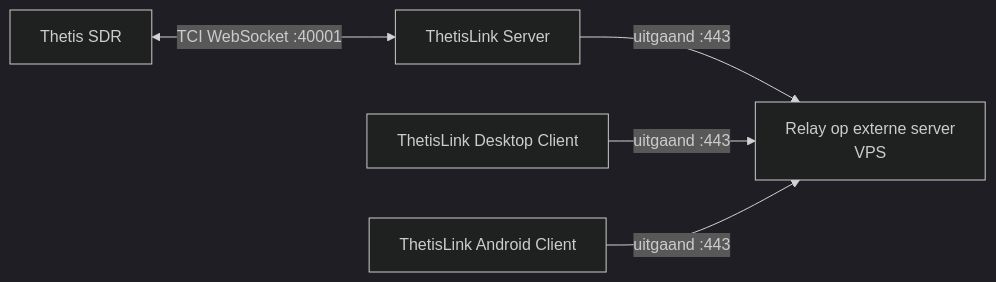
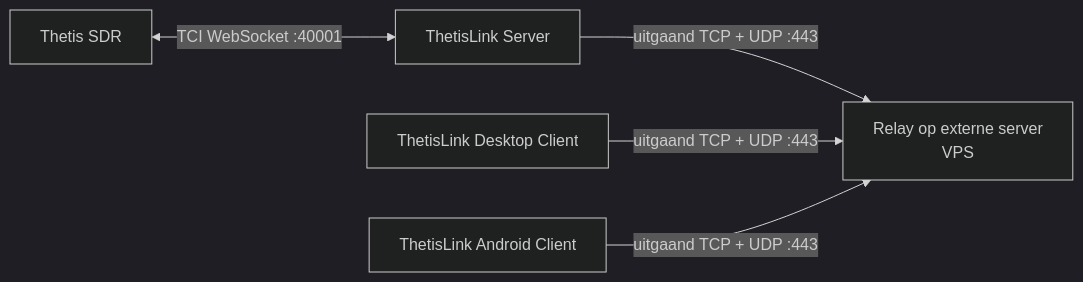
One commit to cjenschede/ThetisLink changed the second of 4 diagrams in Installatie.md. Above: the diagram before and after it, drawn with Mermaid (dark theme). The commit also changed other lines of this file and 185 other files, not shown here.

````diff
--- a/Installatie.md
+++ b/Installatie.md
@@ -53,7 +53,7 @@
 ```mermaid
 flowchart LR
     Thetis[Thetis SDR] <-->|"TCI WebSocket :40001"| Server[ThetisLink Server]
-    Server -->|"uitgaand :443"| Relay[Relay op externe server<br>VPS]
-    Desktop[ThetisLink Desktop Client] -->|"uitgaand :443"| Relay
-    Android[ThetisLink Android Client] -->|"uitgaand :443"| Relay
+    Server -->|"uitgaand TCP + UDP :443"| Relay[Relay op externe server<br>VPS]
+    Desktop[ThetisLink Desktop Client] -->|"uitgaand TCP + UDP :443"| Relay
+    Android[ThetisLink Android Client] -->|"uitgaand TCP + UDP :443"| Relay
 ```
````
